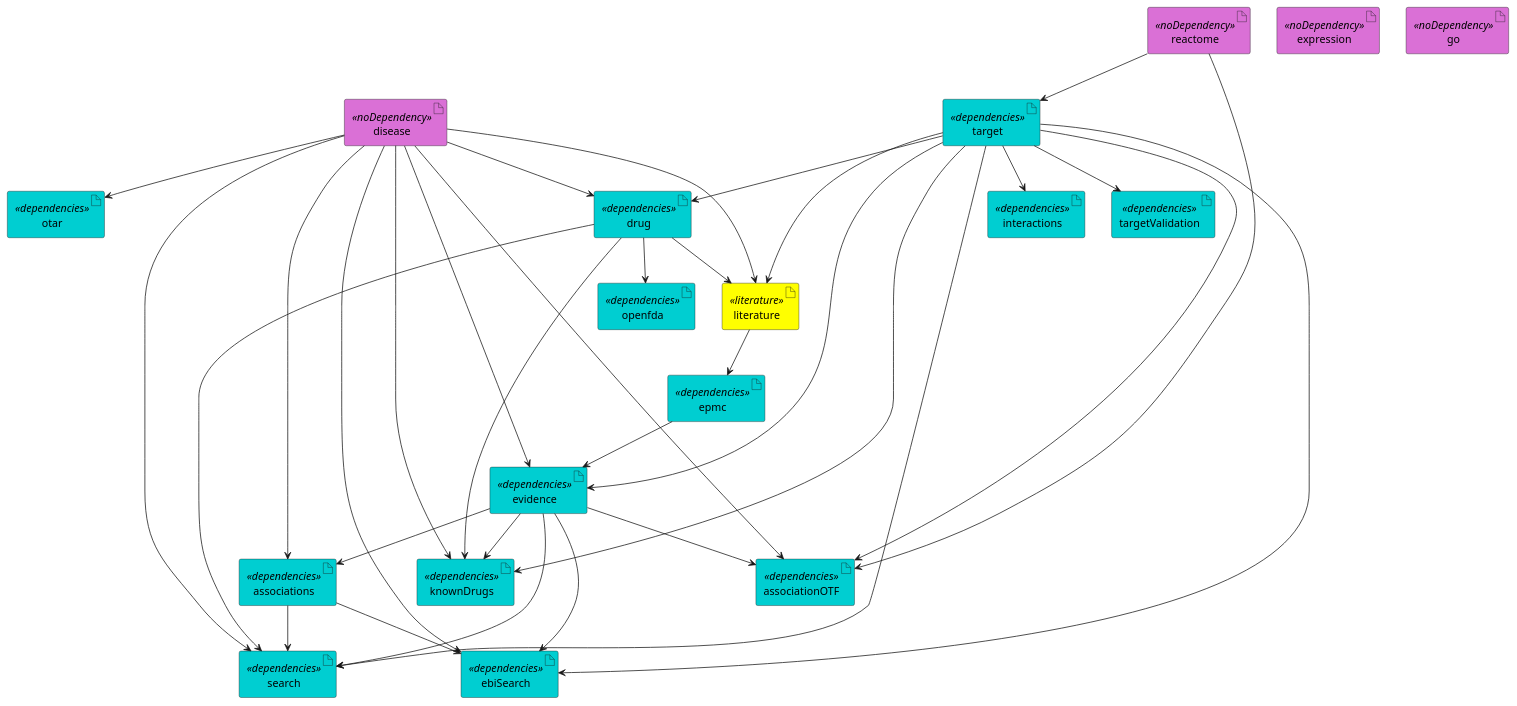
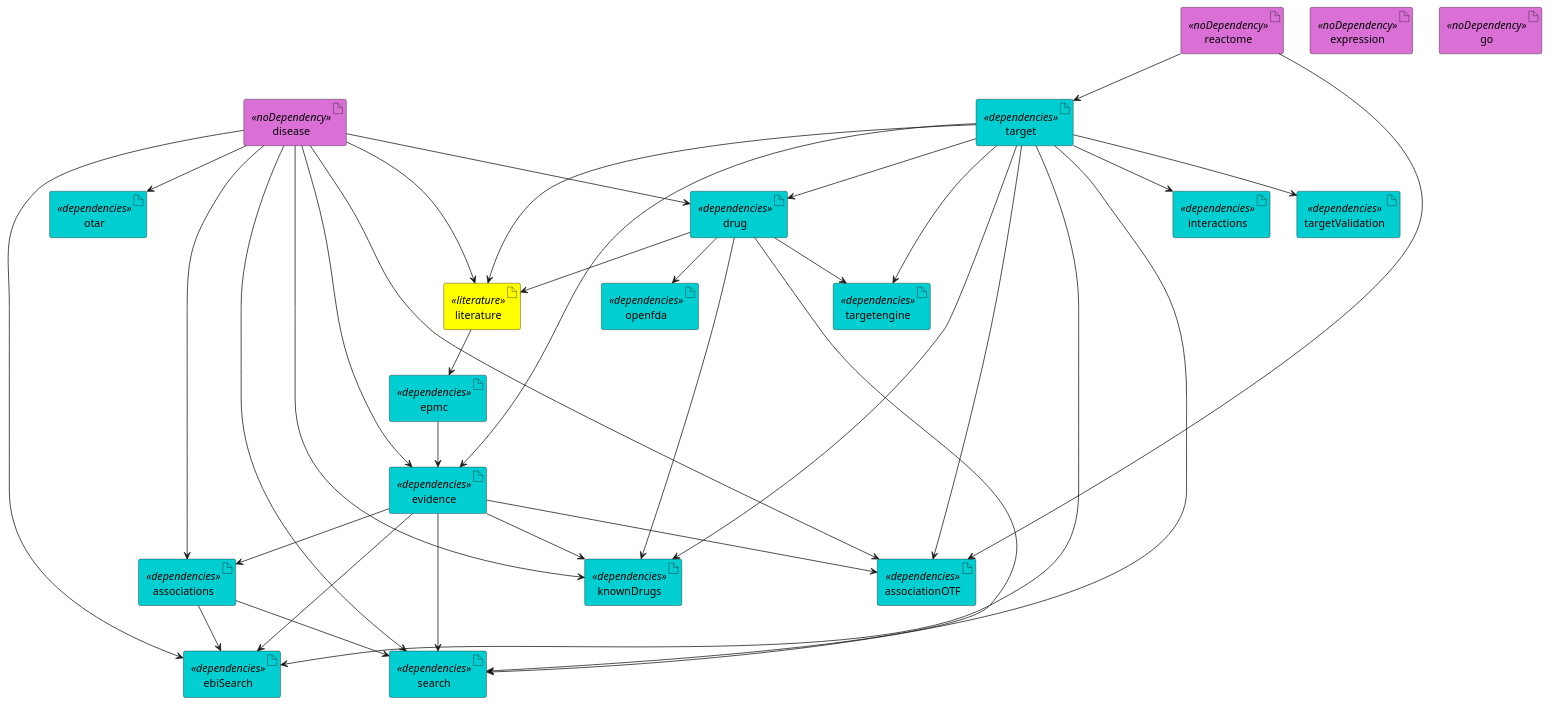
Before and after one commit to opentargets/platform-etl-backend: the diagram in documentation/etl_current.puml, drawn with PlantUML. The commit also changed 3 other files, not shown here.

```diff
--- a/documentation/etl_current.puml
+++ b/documentation/etl_current.puml
@@ -1,74 +1,76 @@
 @startuml
 skinparam interface {
     backgroundColor<<input>> darkblue
     backgroundColor<<output>> cyan
 }
 skinparam artifact {
      backgroundColor<<noDependency>> orchid
      backgroundColor<<dependencies>> darkturquoise
      backgroundColor<<literature>> yellow
  }
 ' steps
 artifact literature <<literature>>
 artifact associations <<dependencies>>
 artifact associationOTF <<dependencies>>
 artifact disease <<noDependency>>
 artifact drug <<dependencies>>
 artifact epmc <<dependencies>>
 artifact evidence <<dependencies>>
 artifact expression <<noDependency>>
 artifact go <<noDependency>>
 artifact interactions <<dependencies>>
 artifact knownDrugs <<dependencies>>
 artifact targetValidation<<dependencies>>
 artifact reactome <<noDependency>>
 artifact search <<dependencies>>
 artifact target <<dependencies>>
 artifact openfda <<dependencies>>
 artifact ebiSearch <<dependencies>>
 artifact otar <<dependencies>>
+artifact targetengine <<dependencies>>
 
 disease --> otar
 reactome --> target
 
 evidence --> associations
 disease --> associations
 
 reactome --> associationOTF
 evidence --> associationOTF
 disease --> associationOTF
 target --> associationOTF
 
 target --> drug
 disease --> drug
 target --> evidence
 disease --> evidence
 
 evidence --> knownDrugs
 disease --> knownDrugs
 target --> knownDrugs
 drug --> knownDrugs
 
 evidence --> search
 disease --> search
 target --> search
 drug --> search
 associations --> search
 
 target --> interactions
-
+target --> targetengine
 target --> targetValidation
 
 drug --> openfda
+drug --> targetengine
 
 disease --> ebiSearch
 target --> ebiSearch
 evidence --> ebiSearch
 associations --> ebiSearch
 
 epmc --> evidence
 literature --> epmc
 target --> literature
 drug --> literature
 disease --> literature
 @enduml
```
